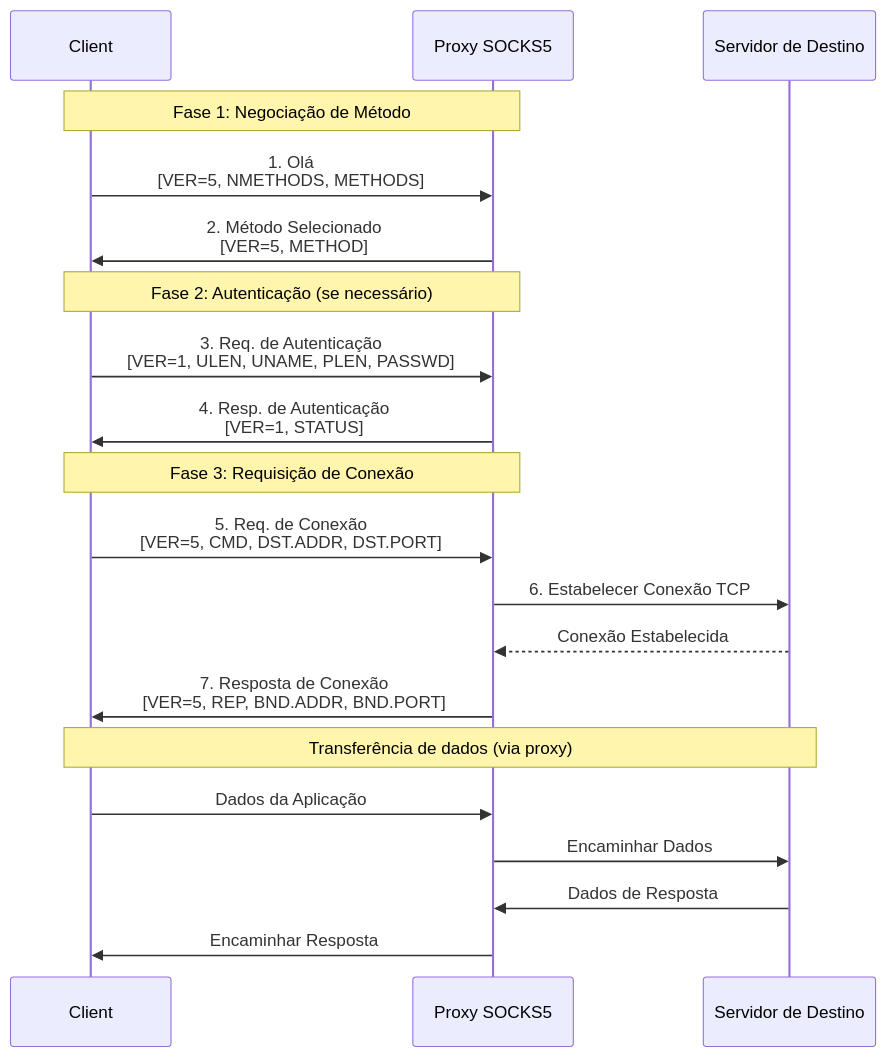
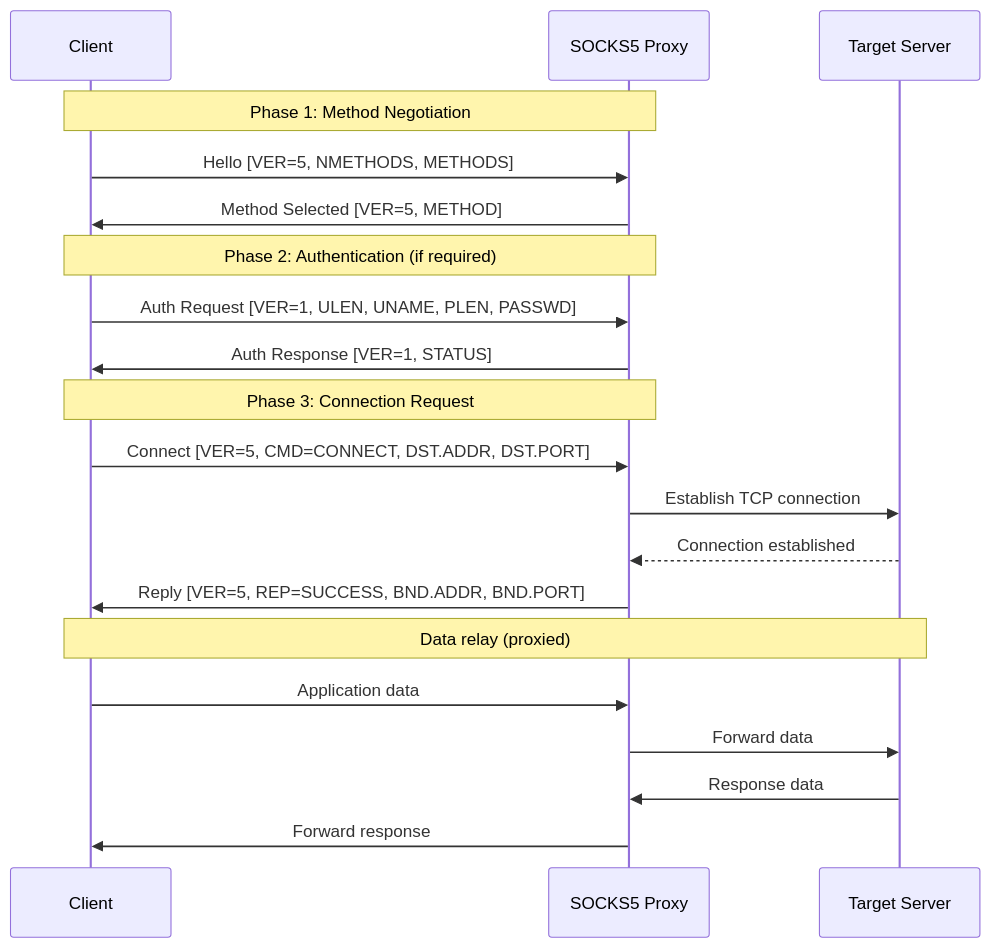
The first of 3 diagrams in docs/pt/deep-dive/network/socks-proxies.md (autoscrape-labs/pydoll), drawn with Mermaid before and after one commit. The commit also changed other lines of this file and 9 other files, not shown here.

````diff
--- a/docs/pt/deep-dive/network/socks-proxies.md
+++ b/docs/pt/deep-dive/network/socks-proxies.md
@@ -145,26 +48,26 @@
 ```mermaid
 sequenceDiagram
     participant Client
-    participant SOCKS5 as Proxy SOCKS5
-    participant Server as Servidor de Destino
-    
-    Note over Client,SOCKS5: Fase 1: Negociação de Método
-    Client->>SOCKS5: 1. Olá<br/>[VER=5, NMETHODS, METHODS]
-    SOCKS5->>Client: 2. Método Selecionado<br/>[VER=5, METHOD]
-    
-    Note over Client,SOCKS5: Fase 2: Autenticação (se necessário)
-    Client->>SOCKS5: 3. Req. de Autenticação<br/>[VER=1, ULEN, UNAME, PLEN, PASSWD]
-    SOCKS5->>Client: 4. Resp. de Autenticação<br/>[VER=1, STATUS]
-    
-    Note over Client,SOCKS5: Fase 3: Requisição de Conexão
-    Client->>SOCKS5: 5. Req. de Conexão<br/>[VER=5, CMD, DST.ADDR, DST.PORT]
-    SOCKS5->>Server: 6. Estabelecer Conexão TCP
-    Server-->>SOCKS5: Conexão Estabelecida
-    SOCKS5->>Client: 7. Resposta de Conexão<br/>[VER=5, REP, BND.ADDR, BND.PORT]
-    
-    Note over Client,Server: Transferência de dados (via proxy)
-    Client->>SOCKS5: Dados da Aplicação
-    SOCKS5->>Server: Encaminhar Dados
-    Server->>SOCKS5: Dados de Resposta
-    SOCKS5->>Client: Encaminhar Resposta
+    participant SOCKS5 as SOCKS5 Proxy
+    participant Server as Target Server
+
+    Note over Client,SOCKS5: Phase 1: Method Negotiation
+    Client->>SOCKS5: Hello [VER=5, NMETHODS, METHODS]
+    SOCKS5->>Client: Method Selected [VER=5, METHOD]
+
+    Note over Client,SOCKS5: Phase 2: Authentication (if required)
+    Client->>SOCKS5: Auth Request [VER=1, ULEN, UNAME, PLEN, PASSWD]
+    SOCKS5->>Client: Auth Response [VER=1, STATUS]
+
+    Note over Client,SOCKS5: Phase 3: Connection Request
+    Client->>SOCKS5: Connect [VER=5, CMD=CONNECT, DST.ADDR, DST.PORT]
+    SOCKS5->>Server: Establish TCP connection
+    Server-->>SOCKS5: Connection established
+    SOCKS5->>Client: Reply [VER=5, REP=SUCCESS, BND.ADDR, BND.PORT]
+
+    Note over Client,Server: Data relay (proxied)
+    Client->>SOCKS5: Application data
+    SOCKS5->>Server: Forward data
+    Server->>SOCKS5: Response data
+    SOCKS5->>Client: Forward response
 ```
````
